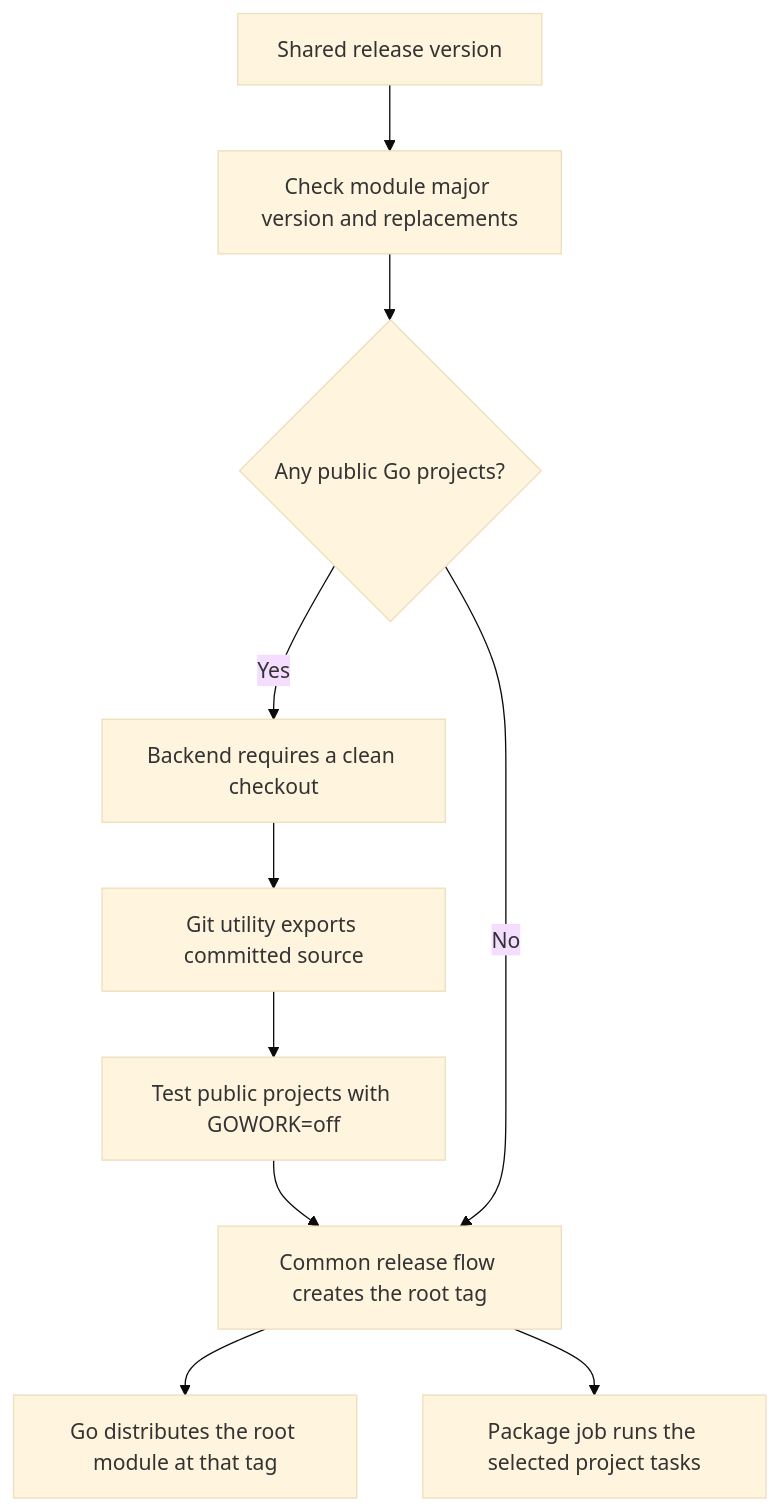
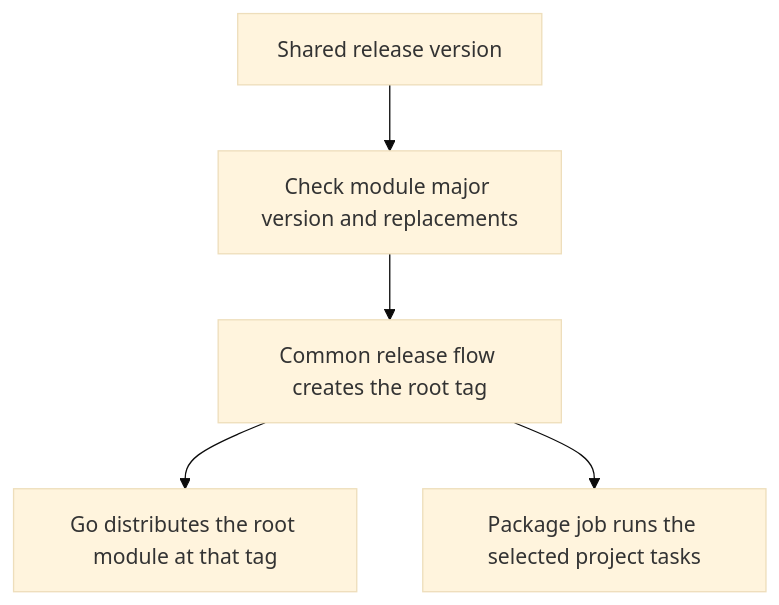
One commit to cloudvoyant/premise changed the fifth of 5 diagrams in docs/modules/package-manager.md. Above: the diagram before and after it, drawn with Mermaid (base theme). The commit also changed other lines of this file and 19 other files, not shown here.

````diff
--- a/docs/modules/package-manager.md
+++ b/docs/modules/package-manager.md
@@ -146,12 +148,7 @@
 ```mermaid
 flowchart TD
     Plan["Shared release version"] --> Module["Check module major version and replacements"]
-    Module --> Public{"Any public Go projects?"}
-    Public -->|Yes| Clean["Backend requires a clean checkout"]
-    Clean --> Archive["Git utility exports committed source"]
-    Archive --> Test["Test public projects with GOWORK=off"]
-    Test --> Tag["Common release flow creates the root tag"]
-    Public -->|No| Tag
+    Module --> Tag["Common release flow creates the root tag"]
     Tag --> Source["Go distributes the root module at that tag"]
     Tag --> Tasks["Package job runs the selected project tasks"]
 ```
````
